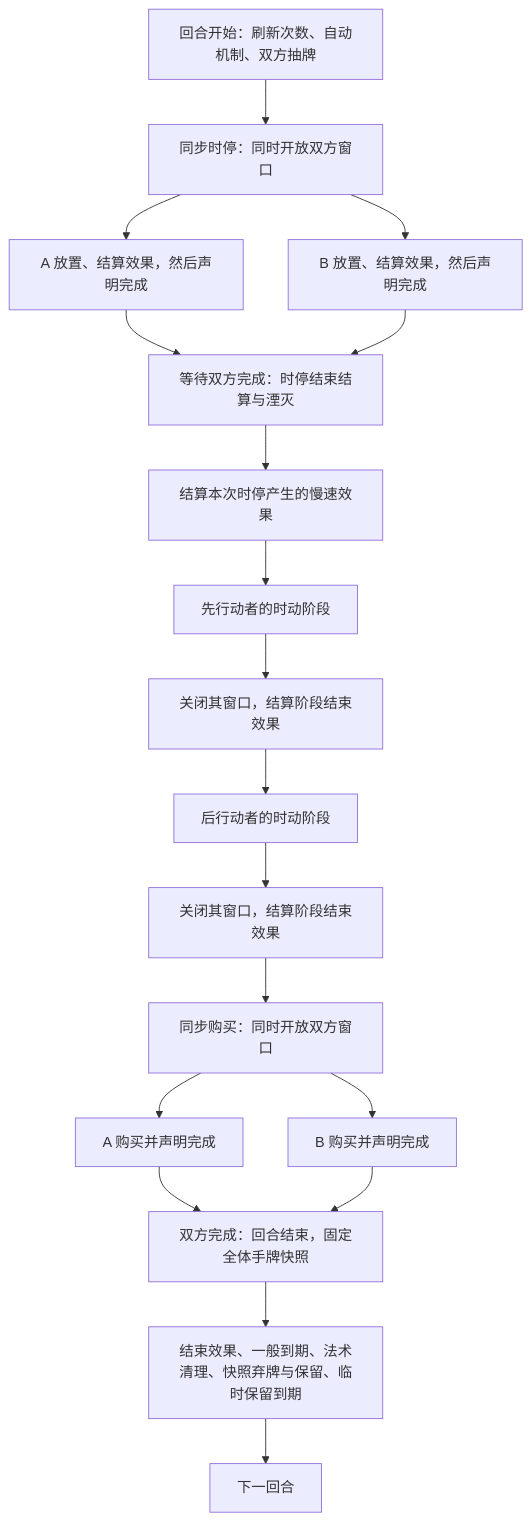
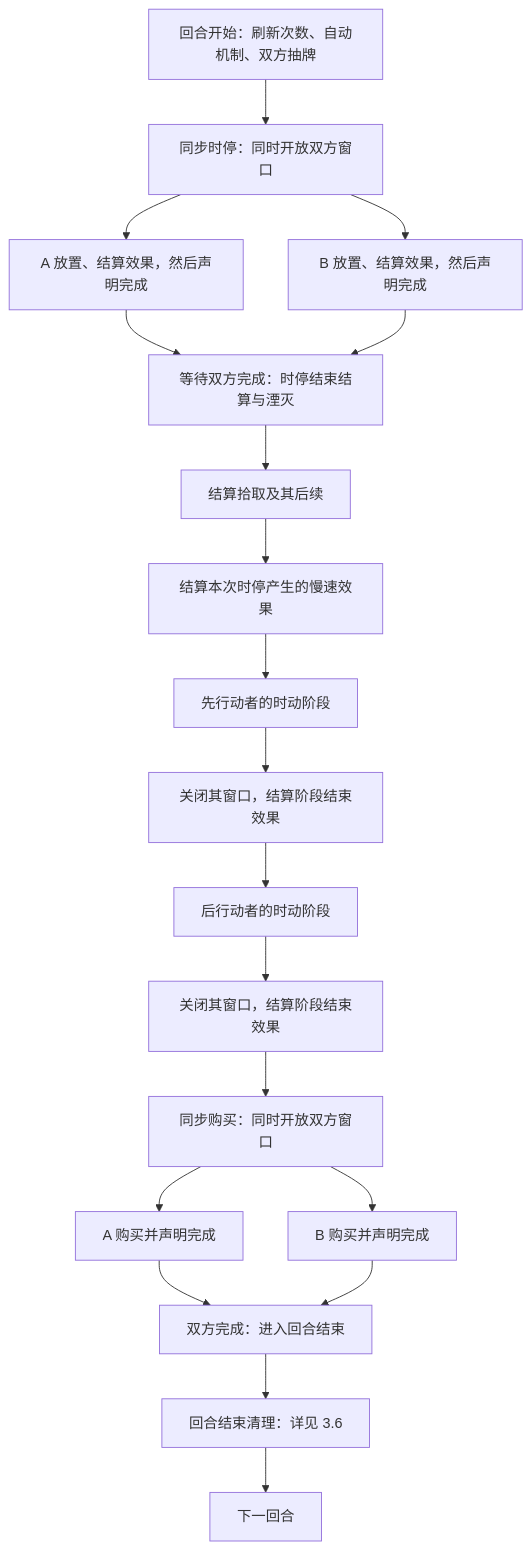
The first of 2 diagrams in docs/rules/common/rounds.md (Time-Block-Hero/tbh-website), drawn with Mermaid before and after one commit. The commit also changed other lines of this file and 26 other files, not shown here.

````diff
--- a/docs/rules/common/rounds.md
+++ b/docs/rules/common/rounds.md
@@ -17,21 +17,22 @@
 ```mermaid
 flowchart TD
   start["回合开始：刷新次数、自动机制、双方抽牌"]
   start --> stop["同步时停：同时开放双方窗口"]
   stop --> a["A 放置、结算效果，然后声明完成"]
   stop --> b["B 放置、结算效果，然后声明完成"]
   a --> join["等待双方完成：时停结束结算与湮灭"]
   b --> join
-  join --> slow["结算本次时停产生的慢速效果"]
+  join --> pickup["结算拾取及其后续"]
+  pickup --> slow["结算本次时停产生的慢速效果"]
   slow --> first["先行动者的时动阶段"]
   first --> firstEnd["关闭其窗口，结算阶段结束效果"]
   firstEnd --> second["后行动者的时动阶段"]
   second --> secondEnd["关闭其窗口，结算阶段结束效果"]
   secondEnd --> shop["同步购买：同时开放双方窗口"]
   shop --> buyA["A 购买并声明完成"]
   shop --> buyB["B 购买并声明完成"]
-  buyA --> finish["双方完成：回合结束，固定全体手牌快照"]
+  buyA --> finish["双方完成：进入回合结束"]
   buyB --> finish
-  finish --> clean["结束效果、一般到期、法术清理、快照弃牌与保留、临时保留到期"]
+  finish --> clean["回合结束清理：详见 3.6"]
   clean --> next["下一回合"]
 ```
````
